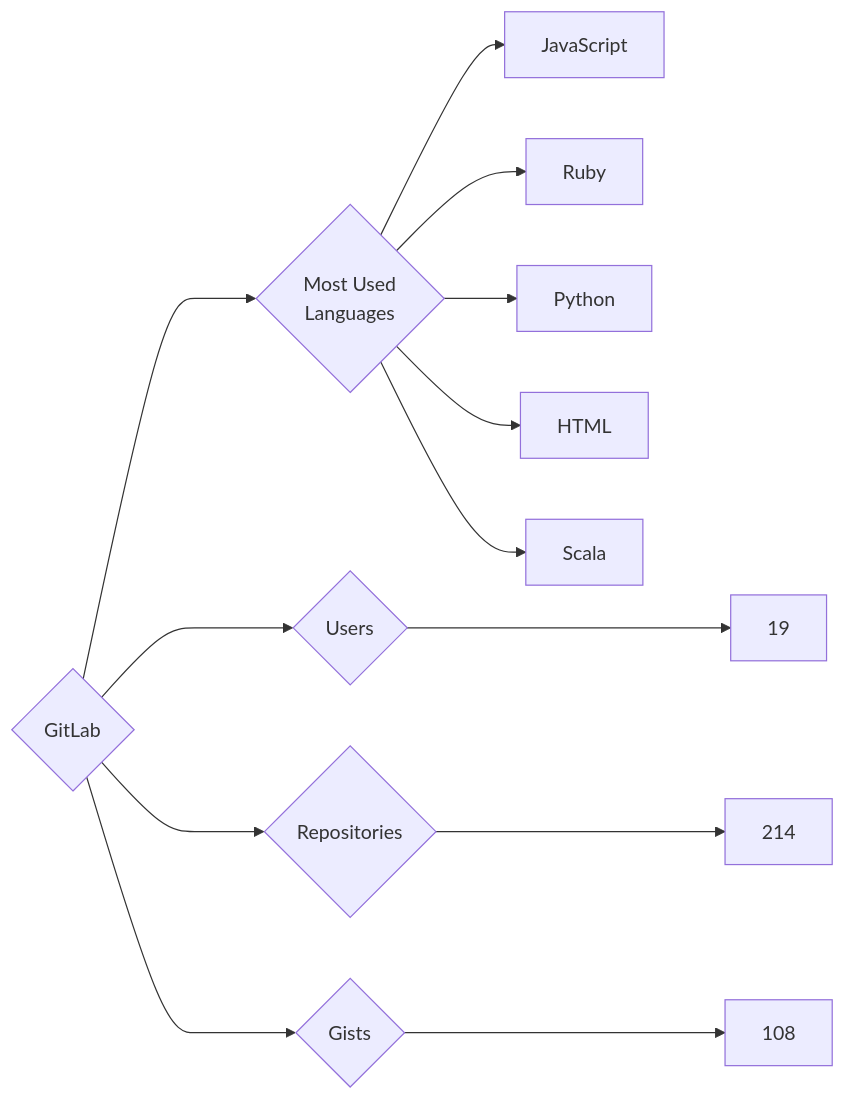
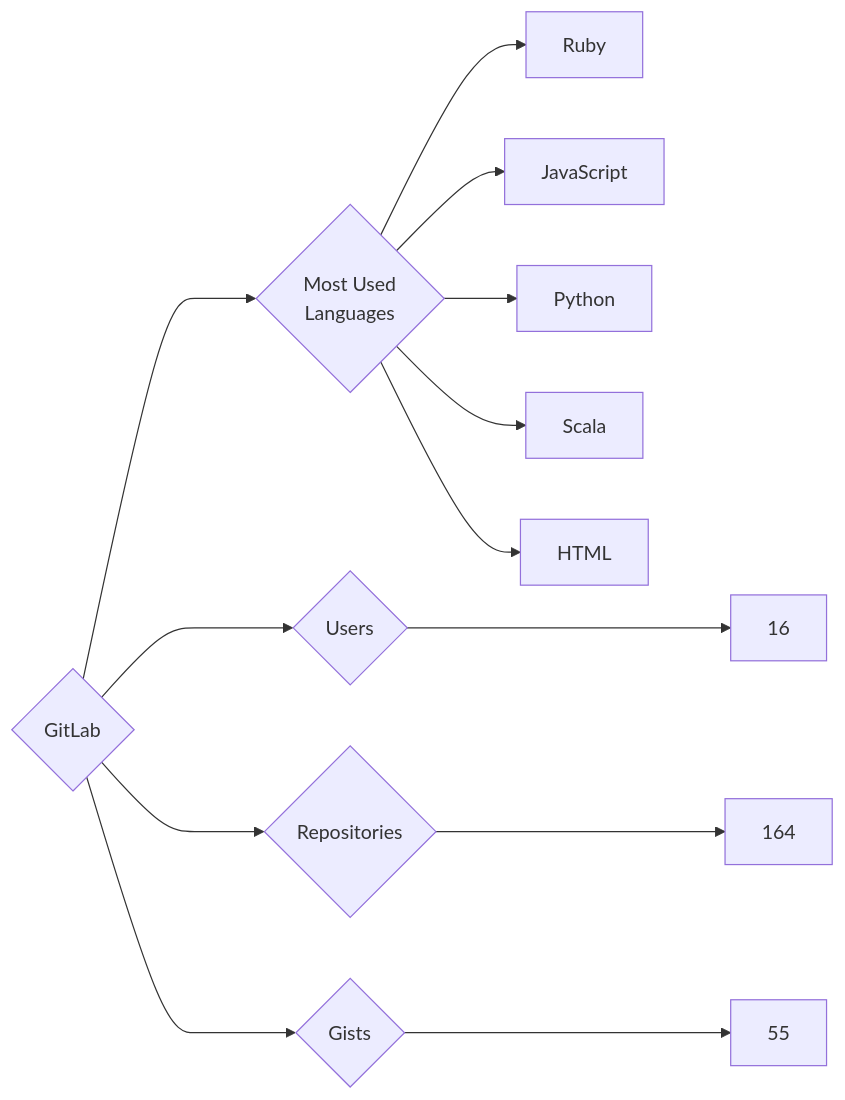
One commit to trickest/insiders changed the diagram in targets/GitLab/README.md. Above: the diagram before and after it, drawn with Mermaid. The commit also changed 1084 other files, not shown here.

````diff
--- a/targets/GitLab/README.md
+++ b/targets/GitLab/README.md
@@ -3,13 +3,13 @@
 ```mermaid
 graph LR
 COMPANY_NAME{GitLab}
-COMPANY_NAME ---> U{Users} ---> UN[19]
-COMPANY_NAME ---> R{Repositories} ---> RN[214]
-COMPANY_NAME ---> G{Gists} ---> GN[108]
+COMPANY_NAME ---> U{Users} ---> UN[16]
+COMPANY_NAME ---> R{Repositories} ---> RN[164]
+COMPANY_NAME ---> G{Gists} ---> GN[55]
 COMPANY_NAME ---> ML{Most Used<br>Languages}
+ML --> Ruby[Ruby]
 ML --> JavaScript[JavaScript]
-ML --> Ruby[Ruby]
 ML --> Python[Python]
+ML --> Scala[Scala]
 ML --> HTML[HTML]
-ML --> Scala[Scala]
 ```
````
